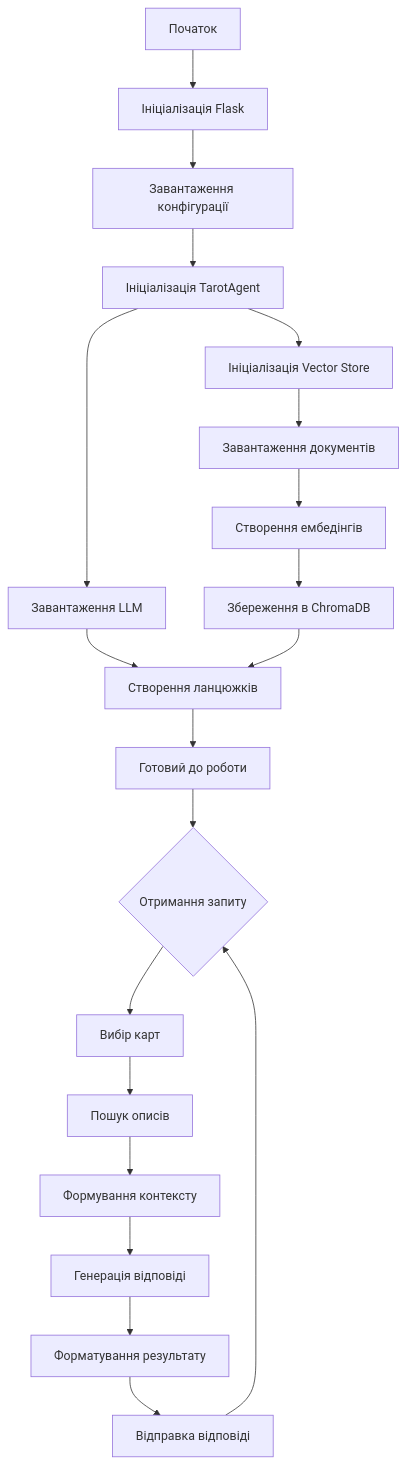
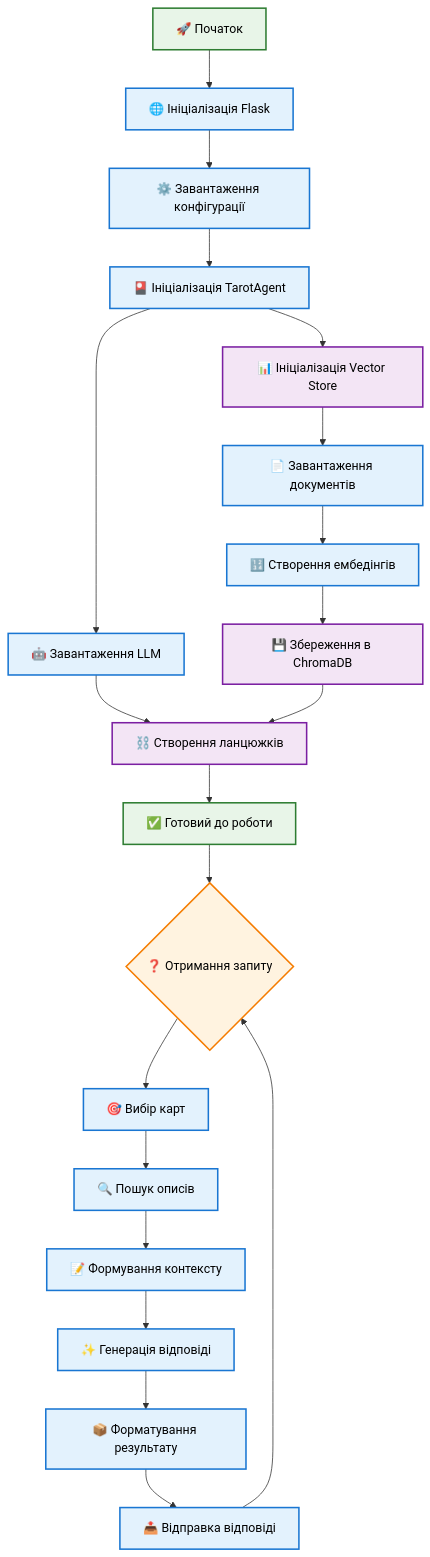
One commit to igorgorovoy/fwdays-hackaton-ai-agent-risk-assessment-system changed the third of 7 diagrams in README.md. Above: the diagram before and after it, drawn with Mermaid. The commit also changed other lines of this file, not shown here.

Commit message:
add arch , hld. make more readable diagrams

````diff
--- a/README.md
+++ b/README.md
@@ -80,25 +106,36 @@
 ```mermaid
 flowchart TD
-    A[Початок] --> B[Ініціалізація Flask]
-    B --> C[Завантаження конфігурації]
-    C --> D[Ініціалізація TarotAgent]
+    A[🚀 Початок] --> B[🌐 Ініціалізація Flask]
+    B --> C[⚙️ Завантаження конфігурації]
+    C --> D[🎴 Ініціалізація TarotAgent]
     
-    D --> E[Завантаження LLM]
-    D --> F[Ініціалізація Vector Store]
+    D --> E[🤖 Завантаження LLM]
+    D --> F[📊 Ініціалізація Vector Store]
     
-    F --> G[Завантаження документів]
-    G --> H[Створення ембедінгів]
-    H --> I[Збереження в ChromaDB]
+    F --> G[📄 Завантаження документів]
+    G --> H[🔢 Створення ембедінгів]
+    H --> I[💾 Збереження в ChromaDB]
     
-    E & I --> J[Створення ланцюжків]
-    J --> K[Готовий до роботи]
+    E & I --> J[⛓️ Створення ланцюжків]
+    J --> K[✅ Готовий до роботи]
     
-    K --> L{Отримання запиту}
-    L --> M[Вибір карт]
-    M --> N[Пошук описів]
-    N --> O[Формування контексту]
-    O --> P[Генерація відповіді]
-    P --> Q[Форматування результату]
-    Q --> R[Відправка відповіді]
+    K --> L{❓ Отримання запиту}
+    L --> M[🎯 Вибір карт]
+    M --> N[🔍 Пошук описів]
+    N --> O[📝 Формування контексту]
+    O --> P[✨ Генерація відповіді]
+    P --> Q[📦 Форматування результату]
+    Q --> R[📤 Відправка відповіді]
     R --> L
+
+    %% Стилі для кращої читабельності
+    classDef startend fill:#e8f5e8,stroke:#2e7d32,stroke-width:2px,color:#000
+    classDef process fill:#e3f2fd,stroke:#1976d2,stroke-width:2px,color:#000
+    classDef decision fill:#fff3e0,stroke:#f57c00,stroke-width:2px,color:#000
+    classDef storage fill:#f3e5f5,stroke:#7b1fa2,stroke-width:2px,color:#000
+
+    class A,K startend
+    class B,C,D,E,G,H,M,N,O,P,Q,R process
+    class L decision
+    class F,I,J storage
 ```
````
